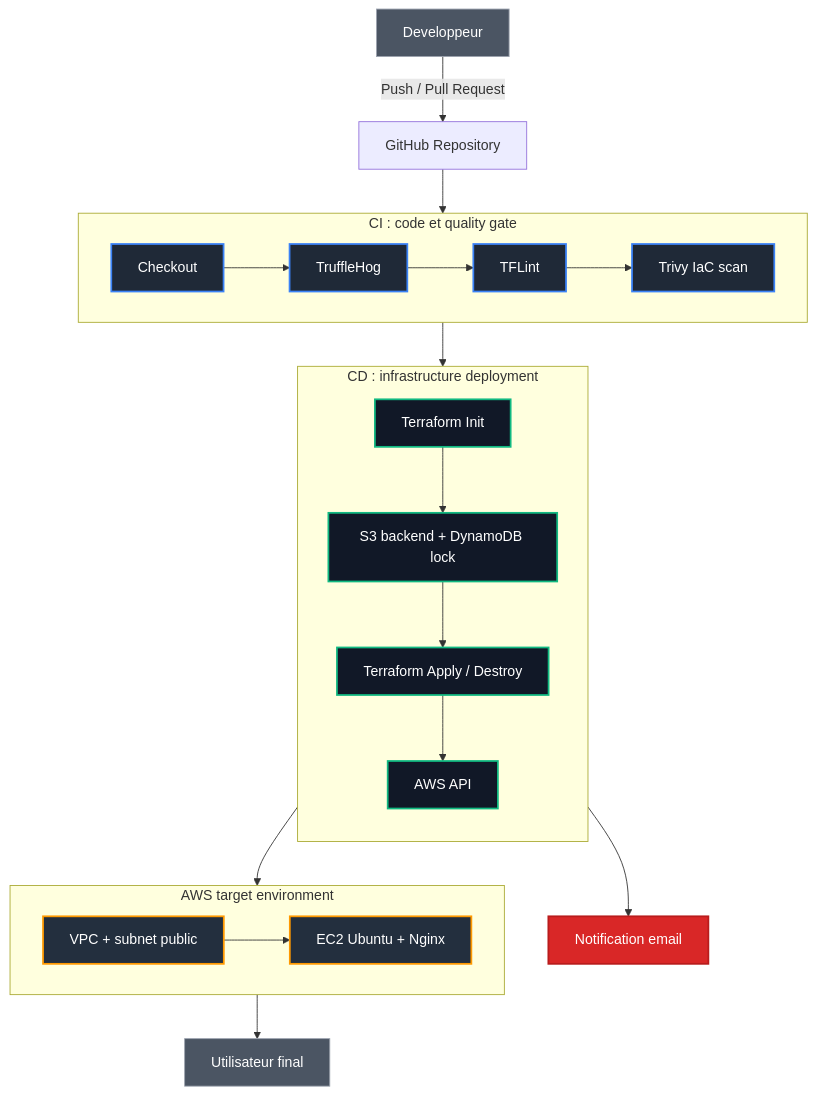
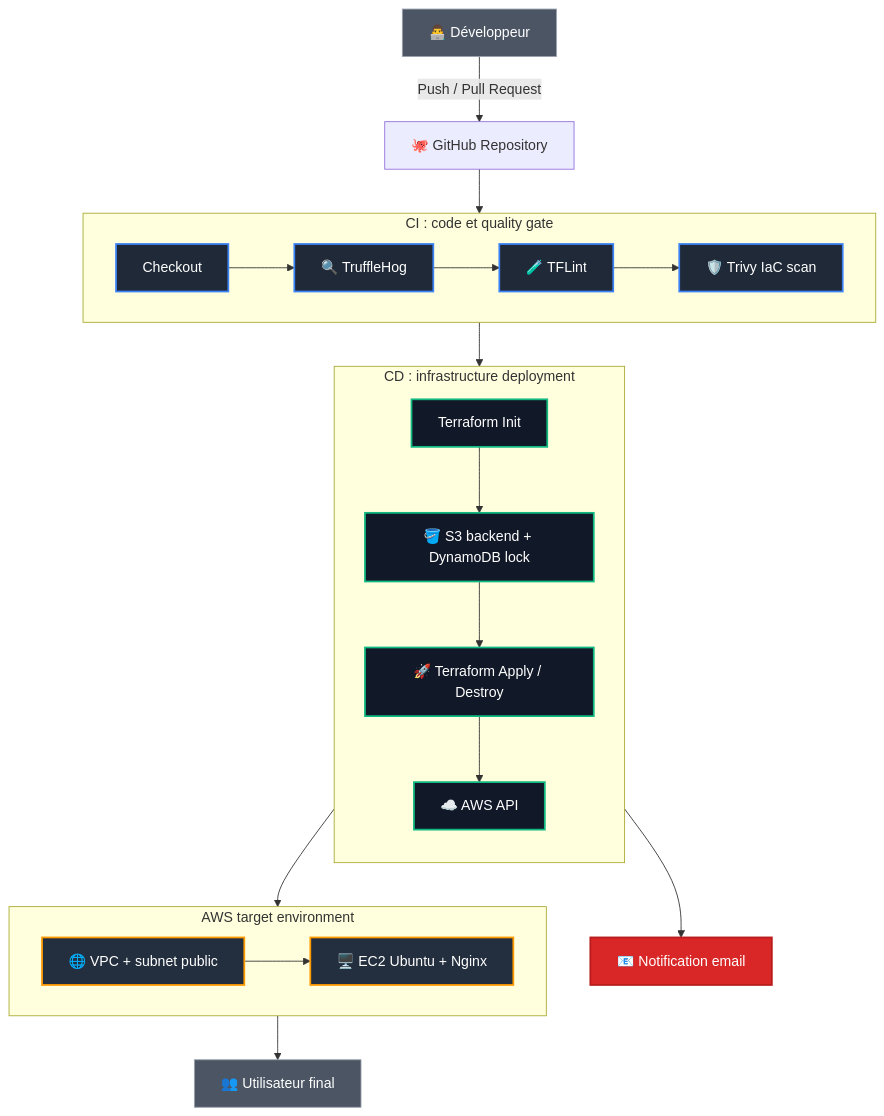
Before and after one commit to mawed44/terraform_aws: the diagram in README.md, drawn with Mermaid. The commit also changed other lines of this file, not shown here.

````diff
--- a/README.md
+++ b/README.md
@@ -50,42 +55,42 @@
 ```mermaid
 flowchart TD
-    Dev[Developpeur] -->|Push / Pull Request| GH[GitHub Repository]
+    Dev[👨‍💻 Développeur] -->|Push / Pull Request| GH[🐙 GitHub Repository]
     GH --> CI_Start
 
     subgraph CI["CI : code et quality gate"]
         direction LR
-        CI_Start[Checkout] --> TruffleHog[TruffleHog]
-        TruffleHog --> TFLint[TFLint]
-        TFLint --> Trivy[Trivy IaC scan]
+        CI_Start[Checkout] --> TruffleHog[🔍 TruffleHog]
+        TruffleHog --> TFLint[🧪 TFLint]
+        TFLint --> Trivy[🛡️ Trivy IaC scan]
     end
 
     Trivy --> CD_Start
 
     subgraph CD["CD : infrastructure deployment"]
         direction TB
-        CD_Start[Terraform Init] --> Backend[S3 backend + DynamoDB lock] --> Apply[Terraform Apply / Destroy]
-        Apply --> AWSAPI[AWS API]
+        CD_Start[Terraform Init] --> Backend[🪣 S3 backend + DynamoDB lock] --> Apply[🚀 Terraform Apply / Destroy]
+        Apply --> AWSAPI[☁️ AWS API]
     end
 
     AWSAPI --> VPC
 
     subgraph Infra["AWS target environment"]
         direction LR
-        VPC[VPC + subnet public] --> EC2[EC2 Ubuntu + Nginx]
+        VPC[🌐 VPC + subnet public] --> EC2[🖥️ EC2 Ubuntu + Nginx]
     end
 
-    EC2 --> User[Utilisateur final]
-    Apply --> Mail[Notification email]
+    EC2 --> User[👥 Utilisateur final]
+    Apply --> Mail[📧 Notification email]
 
     classDef ciStyle fill:#1f2937,stroke:#3b82f6,stroke-width:2px,color:#fff;
     classDef cdStyle fill:#111827,stroke:#10b981,stroke-width:2px,color:#fff;
     classDef awsStyle fill:#232f3e,stroke:#ff9900,stroke-width:2px,color:#fff;
     classDef devStyle fill:#4b5563,stroke:#9ca3af,stroke-width:1px,color:#fff;
     classDef mailStyle fill:#d92727,stroke:#b91c1c,stroke-width:2px,color:#fff;
 
     class Dev,User devStyle;
     class CI_Start,TruffleHog,TFLint,Trivy ciStyle;
     class CD_Start,Backend,Apply,AWSAPI cdStyle;
     class VPC,EC2 awsStyle;
     class Mail mailStyle;
 ```
````
